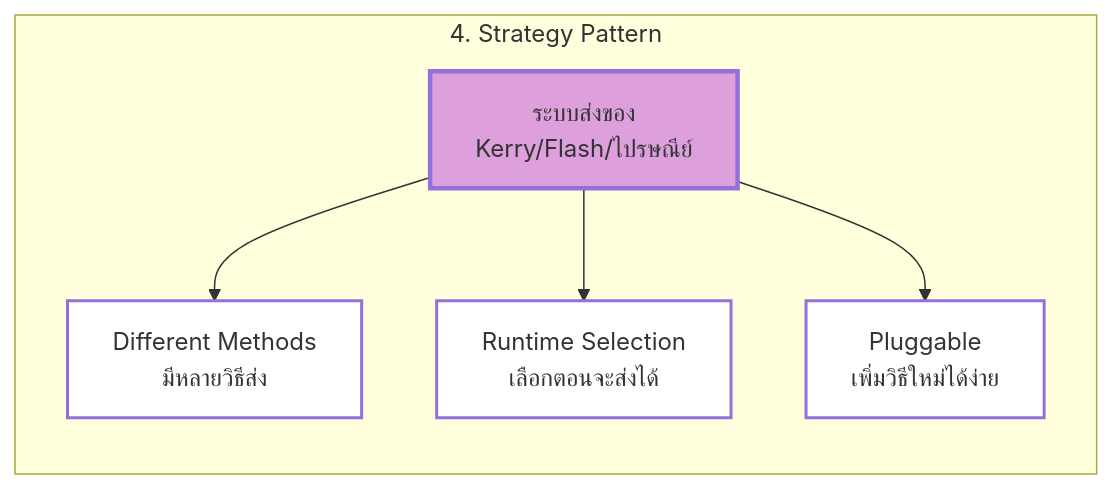
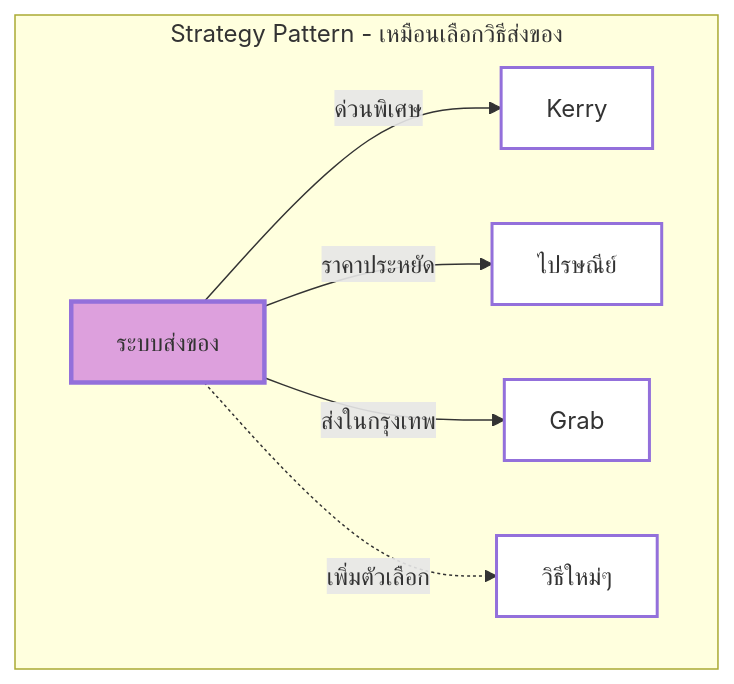
Diagram 24 of 30 in Week07-ESP-Components.md (thepthut/Lab-07-ESP32-Components), drawn with Mermaid before and after one commit. The commit also changed other lines of this file, not shown here.

Commit message:
Enhance Week 07 documentation by adding detailed explanations and flowcharts for common Component design patterns, including Singleton, Factory, Observer, and Strategy patterns.

````diff
--- a/Week07-ESP-Components.md
+++ b/Week07-ESP-Components.md
@@ -774,18 +773,14 @@
 ```mermaid
-graph TB
-    subgraph "4. Strategy Pattern"
-        direction TB
-        D["ระบบส่งของ
-        Kerry/Flash/ไปรษณีย์"] --> D1["Different Methods
-        มีหลายวิธีส่ง"]
-        D --> D2["Runtime Selection
-        เลือกตอนจะส่งได้"]
-        D --> D3["Pluggable
-        เพิ่มวิธีใหม่ได้ง่าย"]
-        
-        style D fill:#DDA0DD,stroke-width:3px
-        style D1 fill:#fff,stroke-width:2px
-        style D2 fill:#fff,stroke-width:2px
-        style D3 fill:#fff,stroke-width:2px
+flowchart TD
+    subgraph Strategy[Strategy Pattern - เหมือนเลือกวิธีส่งของ]
+        D[ระบบส่งของ] --> |ด่วนพิเศษ| D1[Kerry]
+        D --> |ราคาประหยัด| D2[ไปรษณีย์]
+        D --> |ส่งในกรุงเทพ| D3[Grab]
+        D -.-> |เพิ่มตัวเลือก| D4[วิธีใหม่ๆ]
     end
+    style D fill:#DDA0DD,stroke-width:3px
+    style D1 fill:#fff,stroke-width:2px
+    style D2 fill:#fff,stroke-width:2px
+    style D3 fill:#fff,stroke-width:2px
+    style D4 fill:#fff,stroke-width:2px
 ```
````
